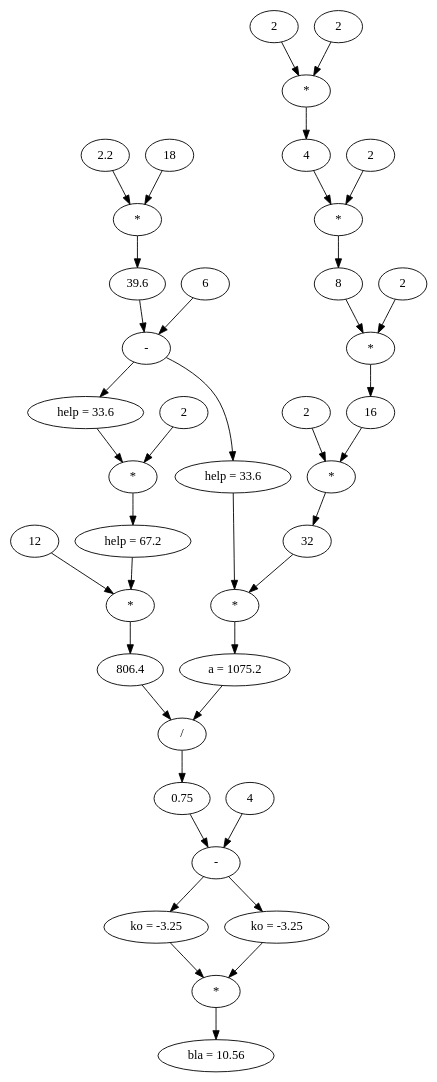
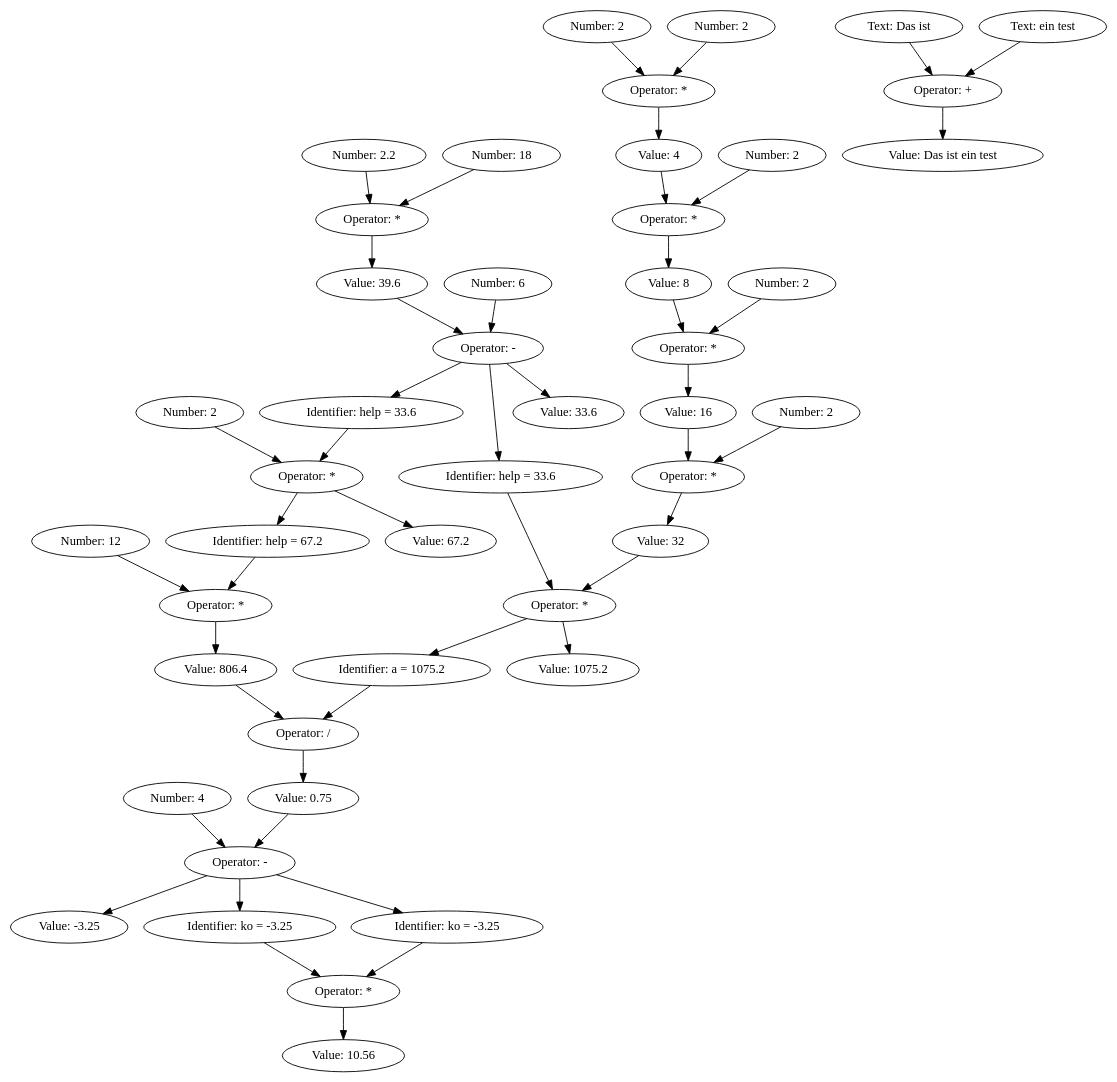
The diagram in Termin3/GoComb Aufgabe 2/dotgraph.dot (Steffen93/GoCompiler), drawn with Graphviz before and after one commit. The commit also changed 4 other files, not shown here.

```diff
--- a/Termin3/GoComb Aufgabe 2/dotgraph.dot
+++ b/Termin3/GoComb Aufgabe 2/dotgraph.dot
@@ -1,78 +1,93 @@
 digraph gograph{
-node29419104[label="bla = 10.56"];
-node29418784[label="*"];
-node29418528[label="ko = -3.25"];
-node29417392[label="-"];
-node29417040[label="0.75"];
-node29416960[label="/"];
-node29416528[label="806.4"];
-node29416448[label="*"];
-node29416144[label="12"];
-node29416144 -> node29416448
-node29416224[label="help = 67.2"];
-node29415920[label="*"];
-node29415712[label="help = 33.6"];
-node29412672[label="-"];
-node29411760[label="39.6"];
-node29411680[label="*"];
-node29394768[label="2.2"];
-node29394768 -> node29411680
-node29411504[label="18"];
-node29411504 -> node29411680
-node29411680 -> node29411760
-node29411760 -> node29412672
-node29412496[label="6"];
-node29412496 -> node29412672
-node29412672 -> node29415712
-node29415712 -> node29415920
-node29415840[label="2"];
-node29415840 -> node29415920
-node29415920 -> node29416224
-node29416224 -> node29416448
-node29416448 -> node29416528
-node29416528 -> node29416960
-node29416784[label="a = 1075.2"];
-node29415280[label="*"];
-node29414976[label="32"];
-node29414800[label="*"];
-node29414496[label="16"];
-node29414368[label="*"];
-node29414064[label="8"];
-node29413984[label="*"];
-node29413600[label="4"];
-node29413472[label="*"];
-node29413216[label="2"];
-node29413216 -> node29413472
-node29413344[label="2"];
-node29413344 -> node29413472
-node29413472 -> node29413600
-node29413600 -> node29413984
-node29413760[label="2"];
-node29413760 -> node29413984
-node29413984 -> node29414064
-node29414064 -> node29414368
-node29414192[label="2"];
-node29414192 -> node29414368
-node29414368 -> node29414496
-node29414496 -> node29414800
-node29414672[label="2"];
-node29414672 -> node29414800
-node29414800 -> node29414976
-node29414976 -> node29415280
-node29415104[label="help = 33.6"];
-node29412672 -> node29415104
-node29415104 -> node29415280
-node29415280 -> node29416784
-node29416784 -> node29416960
-node29416960 -> node29417040
-node29417040 -> node29417392
-node29417120[label="4"];
-node29417120 -> node29417392
-node29417392 -> node29418528
-node29418528 -> node29418784
-node29418656[label="ko = -3.25"];
-node29417392 -> node29418656
-node29418656 -> node29418784
-node29418784 -> node29419104
+node24284608[label="Value: 33.6"];
+node24284480[label="Operator: -"];
+node24283568[label="Value: 39.6"];
+node24283488[label="Operator: *"];
+node24266576[label="Number: 2.2"];
+node24266576 -> node24283488
+node24283312[label="Number: 18"];
+node24283312 -> node24283488
+node24283488 -> node24283568
+node24283568 -> node24284480
+node24284304[label="Number: 6"];
+node24284304 -> node24284480
+node24284480 -> node24284608
+node24287248[label="Value: 1075.2"];
+node24287104[label="Operator: *"];
+node24286784[label="Value: 32"];
+node24286608[label="Operator: *"];
+node24286256[label="Value: 16"];
+node24286176[label="Operator: *"];
+node24285824[label="Value: 8"];
+node24285744[label="Operator: *"];
+node24285392[label="Value: 4"];
+node24285312[label="Operator: *"];
+node24285056[label="Number: 2"];
+node24285056 -> node24285312
+node24285184[label="Number: 2"];
+node24285184 -> node24285312
+node24285312 -> node24285392
+node24285392 -> node24285744
+node24285568[label="Number: 2"];
+node24285568 -> node24285744
+node24285744 -> node24285824
+node24285824 -> node24286176
+node24286000[label="Number: 2"];
+node24286000 -> node24286176
+node24286176 -> node24286256
+node24286256 -> node24286608
+node24286432[label="Number: 2"];
+node24286432 -> node24286608
+node24286608 -> node24286784
+node24286784 -> node24287104
+node24286864[label="Identifier: help = 33.6"];
+node24284480 -> node24286864
+node24286864 -> node24287104
+node24287104 -> node24287248
+node24287920[label="Value: 67.2"];
+node24287840[label="Operator: *"];
+node24287552[label="Identifier: help = 33.6"];
+node24284480 -> node24287552
+node24287552 -> node24287840
+node24287696[label="Number: 2"];
+node24287696 -> node24287840
+node24287840 -> node24287920
+node24289424[label="Value: -3.25"];
+node24289296[label="Operator: -"];
+node24289008[label="Value: 0.75"];
+node24288928[label="Operator: /"];
+node24288608[label="Value: 806.4"];
+node24288400[label="Operator: *"];
+node24288144[label="Number: 12"];
+node24288144 -> node24288400
+node24288272[label="Identifier: help = 67.2"];
+node24287840 -> node24288272
+node24288272 -> node24288400
+node24288400 -> node24288608
+node24288608 -> node24288928
+node24288688[label="Identifier: a = 1075.2"];
+node24287104 -> node24288688
+node24288688 -> node24288928
+node24288928 -> node24289008
+node24289008 -> node24289296
+node24289088[label="Number: 4"];
+node24289088 -> node24289296
+node24289296 -> node24289424
+node24290240[label="Value: Das ist ein test"];
+node24290112[label="Operator: +"];
+node24289712[label="Text: Das ist "];
+node24289712 -> node24290112
+node24289840[label="Text: ein test"];
+node24289840 -> node24290112
+node24290112 -> node24290240
+node24291136[label="Value: 10.56"];
+node24291056[label="Operator: *"];
+node24290704[label="Identifier: ko = -3.25"];
+node24289296 -> node24290704
+node24290704 -> node24291056
+node24290848[label="Identifier: ko = -3.25"];
+node24289296 -> node24290848
+node24290848 -> node24291056
+node24291056 -> node24291136
 
 }
```
